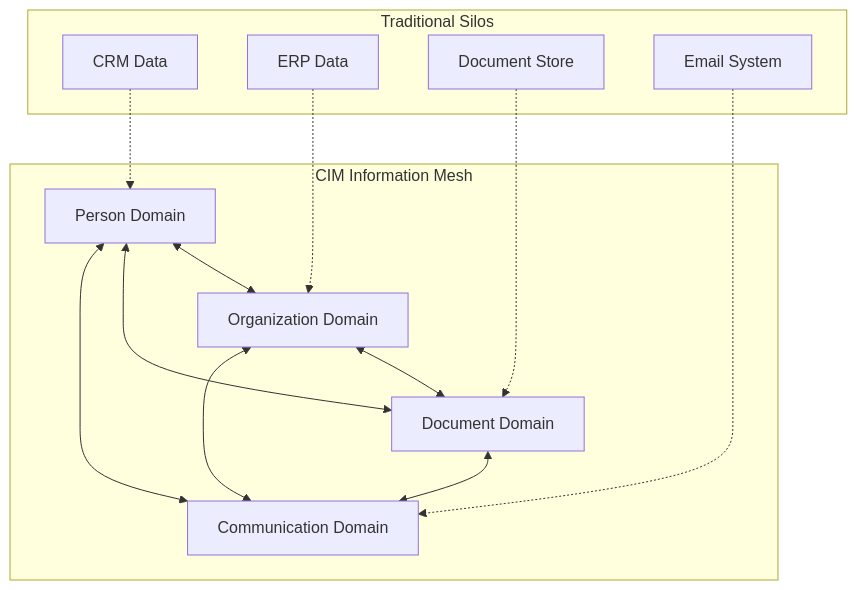
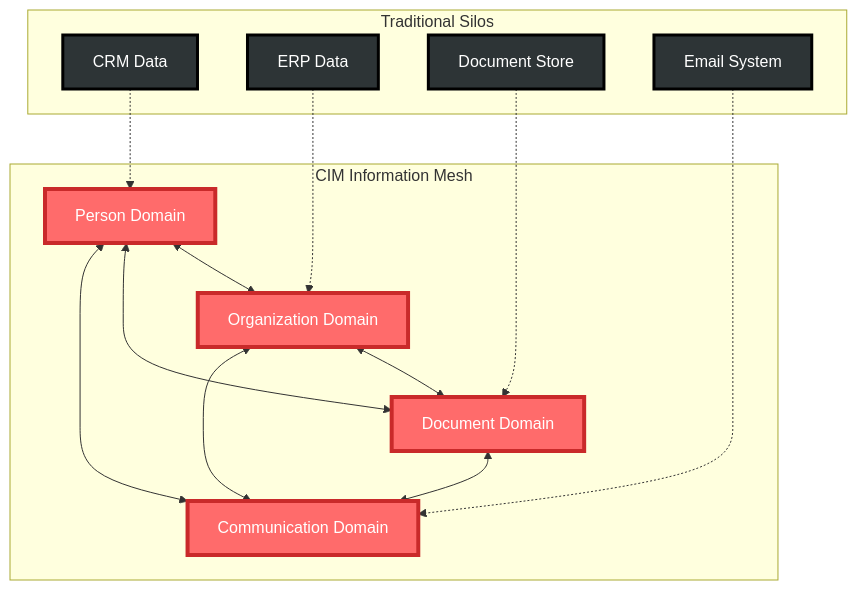
One commit to TheCowboyAI/cim changed the first of 8 diagrams in readme.md. Above: the diagram before and after it, drawn with Mermaid. The commit also changed other lines of this file and 12 other files, not shown here.

````diff
--- a/readme.md
+++ b/readme.md
@@ -9,28 +9,38 @@
 ```mermaid
 graph TB
     subgraph "Traditional Silos"
         A[CRM Data]
         B[ERP Data]
         C[Document Store]
         D[Email System]
     end
     
     subgraph "CIM Information Mesh"
         E[Person Domain]
         F[Organization Domain]
         G[Document Domain]
         H[Communication Domain]
         
         E <--> F
         E <--> G
         E <--> H
         F <--> G
         F <--> H
         G <--> H
     end
     
     A -.-> E
     B -.-> F
     C -.-> G
     D -.-> H
+    
+    %% Styling
+    style A fill:#2D3436,stroke:#000,stroke-width:3px,color:#FFF
+    style B fill:#2D3436,stroke:#000,stroke-width:3px,color:#FFF
+    style C fill:#2D3436,stroke:#000,stroke-width:3px,color:#FFF
+    style D fill:#2D3436,stroke:#000,stroke-width:3px,color:#FFF
+    style E fill:#FF6B6B,stroke:#C92A2A,stroke-width:4px,color:#FFF
+    style F fill:#FF6B6B,stroke:#C92A2A,stroke-width:4px,color:#FFF
+    style G fill:#FF6B6B,stroke:#C92A2A,stroke-width:4px,color:#FFF
+    style H fill:#FF6B6B,stroke:#C92A2A,stroke-width:4px,color:#FFF
 ```
````
